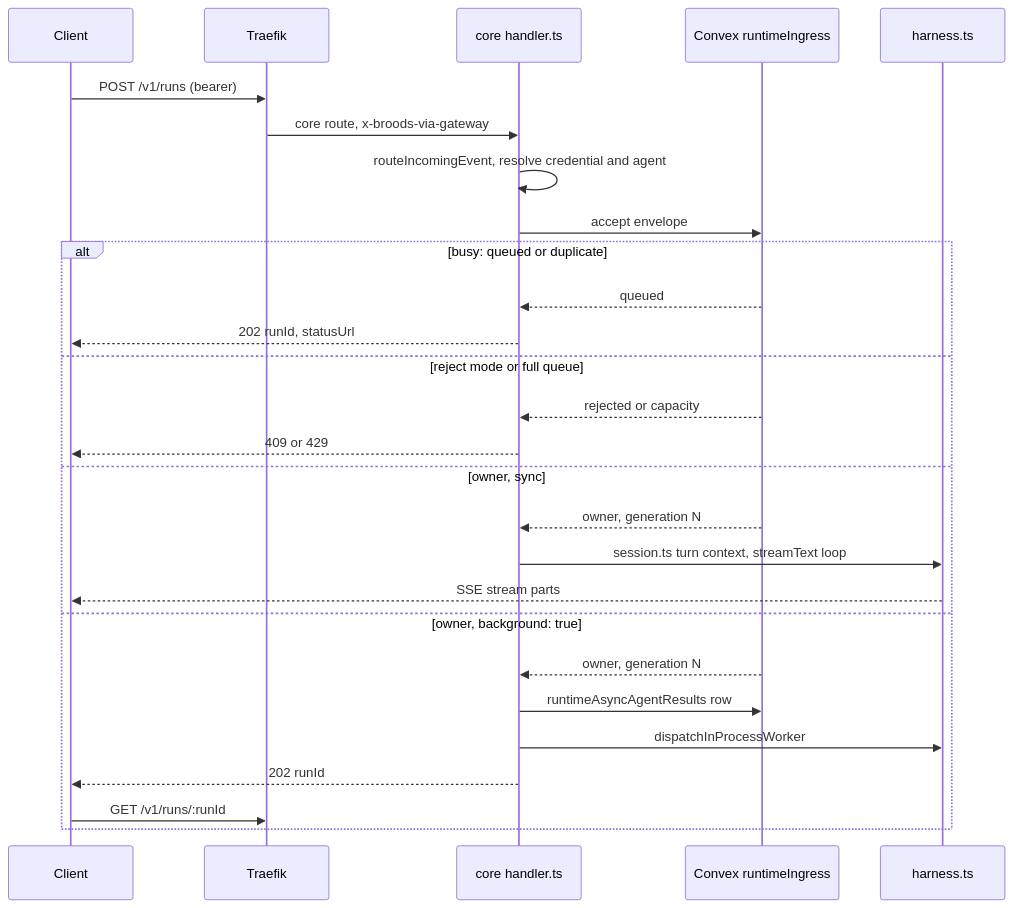
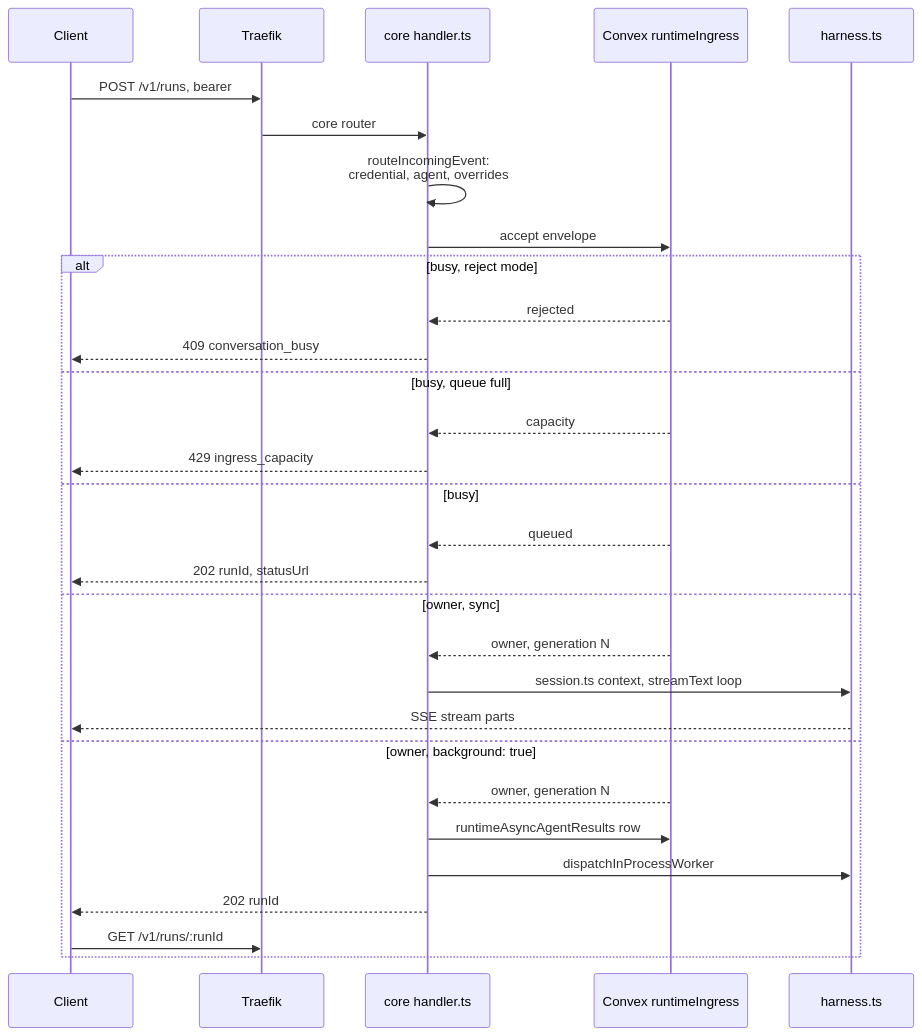
One commit to beeblastco/broods changed the second of 11 diagrams in apps/docs/docs/internals/architecture.md. Above: the diagram before and after it, drawn with Mermaid. The commit also changed other lines of this file and 22 other files, not shown here.

First line of the commit message:
docs: fold the Cloudflare pages into their sections, rewrite internals diagram-first (#1010)

````diff
--- a/apps/docs/docs/internals/architecture.md
+++ b/apps/docs/docs/internals/architecture.md
@@ -90,29 +34,32 @@
 ```mermaid
 sequenceDiagram
   participant C as Client
-  participant G as Traefik
+  participant T as Traefik
   participant H as core handler.ts
   participant X as Convex runtimeIngress
   participant R as harness.ts
-  C->>G: POST /v1/runs (bearer)
-  G->>H: core route, x-broods-via-gateway
-  H->>H: routeIncomingEvent, resolve credential and agent
+  C->>T: POST /v1/runs, bearer
+  T->>H: core router
+  H->>H: routeIncomingEvent:<br/>credential, agent, overrides
   H->>X: accept envelope
-  alt busy: queued or duplicate
+  alt busy, reject mode
+    X-->>H: rejected
+    H-->>C: 409 conversation_busy
+  else busy, queue full
+    X-->>H: capacity
+    H-->>C: 429 ingress_capacity
+  else busy
     X-->>H: queued
     H-->>C: 202 runId, statusUrl
-  else reject mode or full queue
-    X-->>H: rejected or capacity
-    H-->>C: 409 or 429
   else owner, sync
     X-->>H: owner, generation N
-    H->>R: session.ts turn context, streamText loop
+    H->>R: session.ts context, streamText loop
     R-->>C: SSE stream parts
   else owner, background: true
     X-->>H: owner, generation N
     H->>X: runtimeAsyncAgentResults row
     H->>R: dispatchInProcessWorker
     H-->>C: 202 runId
-    C->>G: GET /v1/runs/:runId
+    C->>T: GET /v1/runs/:runId
   end
 ```
````
